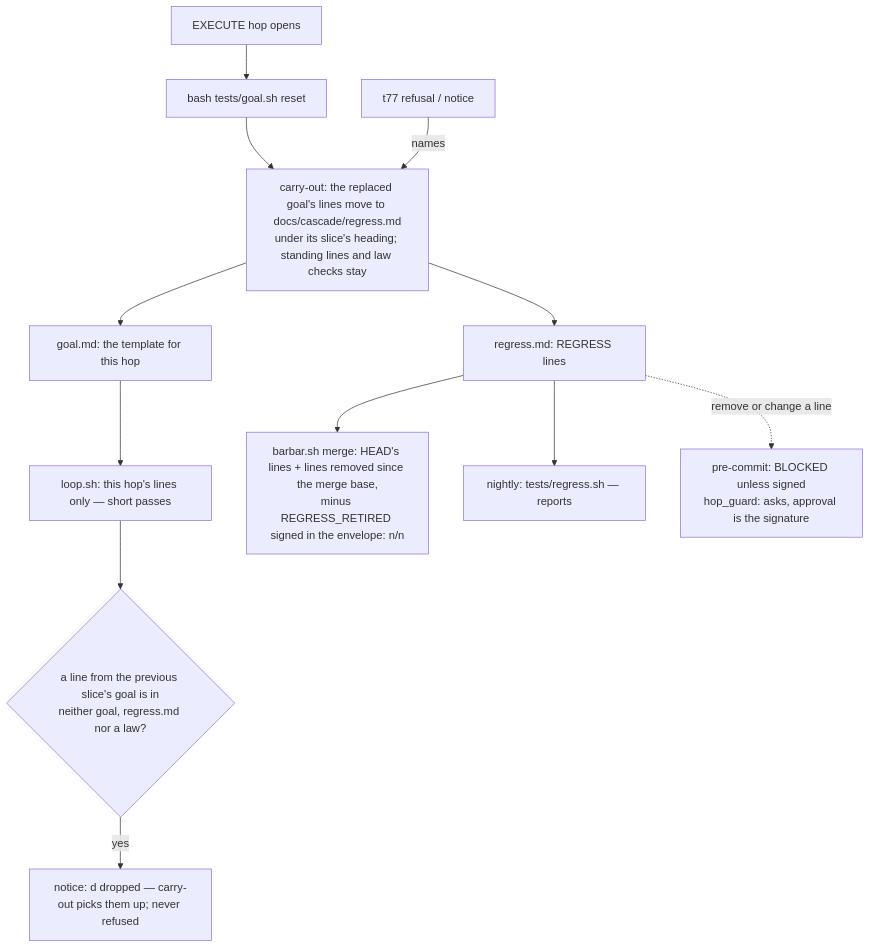
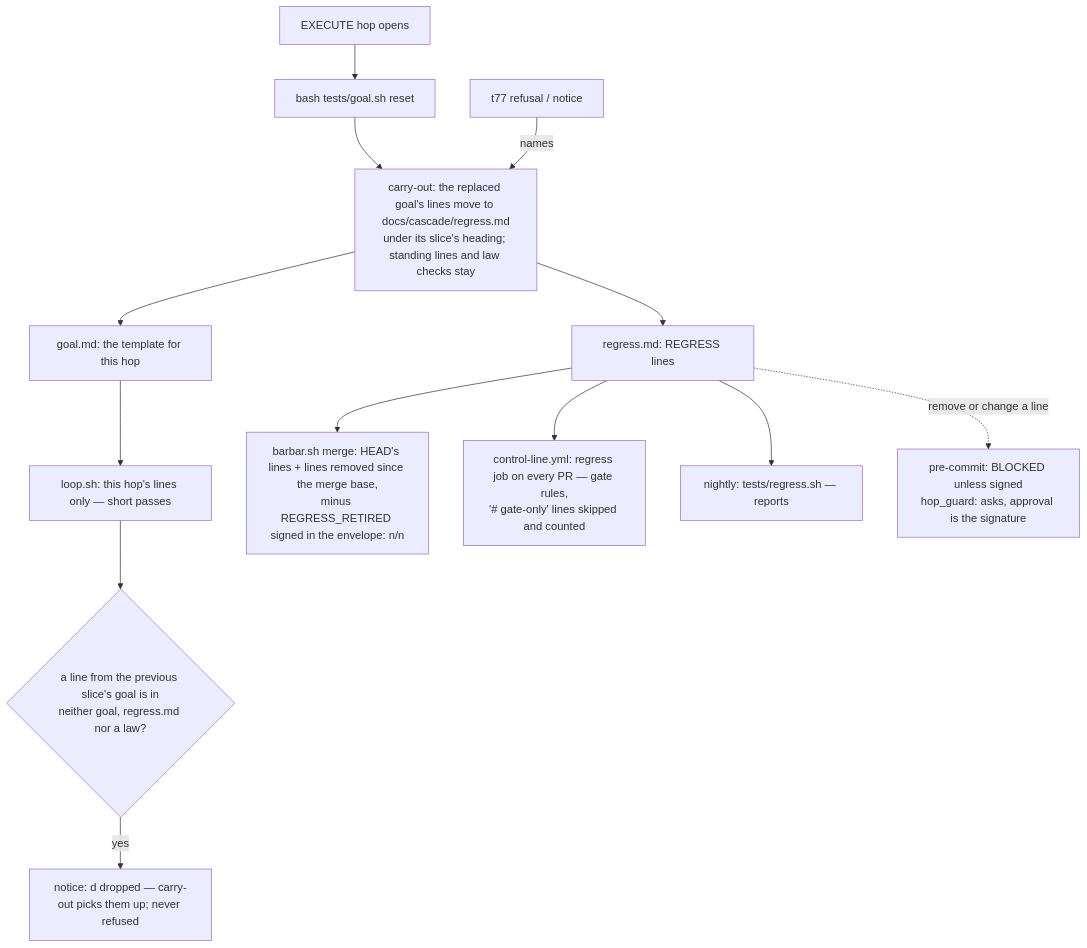
The second of 2 diagrams in docs/cascade/05b-t78-carry-out.md (kadaluarsa/barbaric-driven-development), drawn with Mermaid before and after one commit. The commit also changed other lines of this file and 1 other file, not shown here.

Commit message:
GENERATE 05b t78-carry-out: spec v3, Ask 3 answered (human: CI runs the suite; '# gate-only' lines skipped in CI, run at the merge gate); briefs t79-zero-test-guard, t80-carry-matching

````diff
--- a/docs/cascade/05b-t78-carry-out.md
+++ b/docs/cascade/05b-t78-carry-out.md
@@ -45,14 +45,15 @@
 ```mermaid
 flowchart TD
   O[EXECUTE hop opens] --> GR[bash tests/goal.sh reset]
   GR --> CO[carry-out: the replaced goal's lines move to docs/cascade/regress.md<br/>under its slice's heading; standing lines and law checks stay]
   R0[t77 refusal / notice] -->|names| CO
   CO --> T[goal.md: the template for this hop]
   T --> L[loop.sh: this hop's lines only — short passes]
   CO --> RG[regress.md: REGRESS lines]
   RG --> M[barbar.sh merge: HEAD's lines + lines removed since the merge base,<br/>minus REGRESS_RETIRED signed in the envelope: n/n]
+  RG --> CI[control-line.yml: regress job on every PR — gate rules,<br/>'# gate-only' lines skipped and counted]
   RG --> N[nightly: tests/regress.sh — reports]
   RG -.->|remove or change a line| P[pre-commit: BLOCKED unless signed<br/>hop_guard: asks, approval is the signature]
   L --> DN{a line from the previous slice's goal is in<br/>neither goal, regress.md nor a law?}
   DN -->|yes| NOTE[notice: d dropped — carry-out picks them up; never refused]
 ```
````
